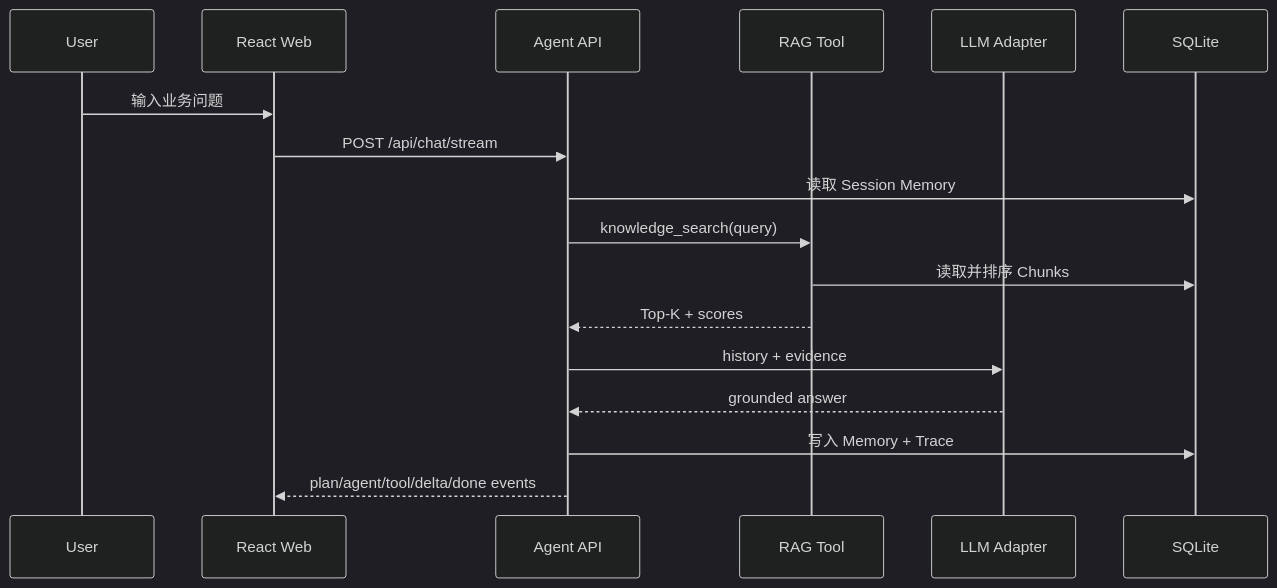
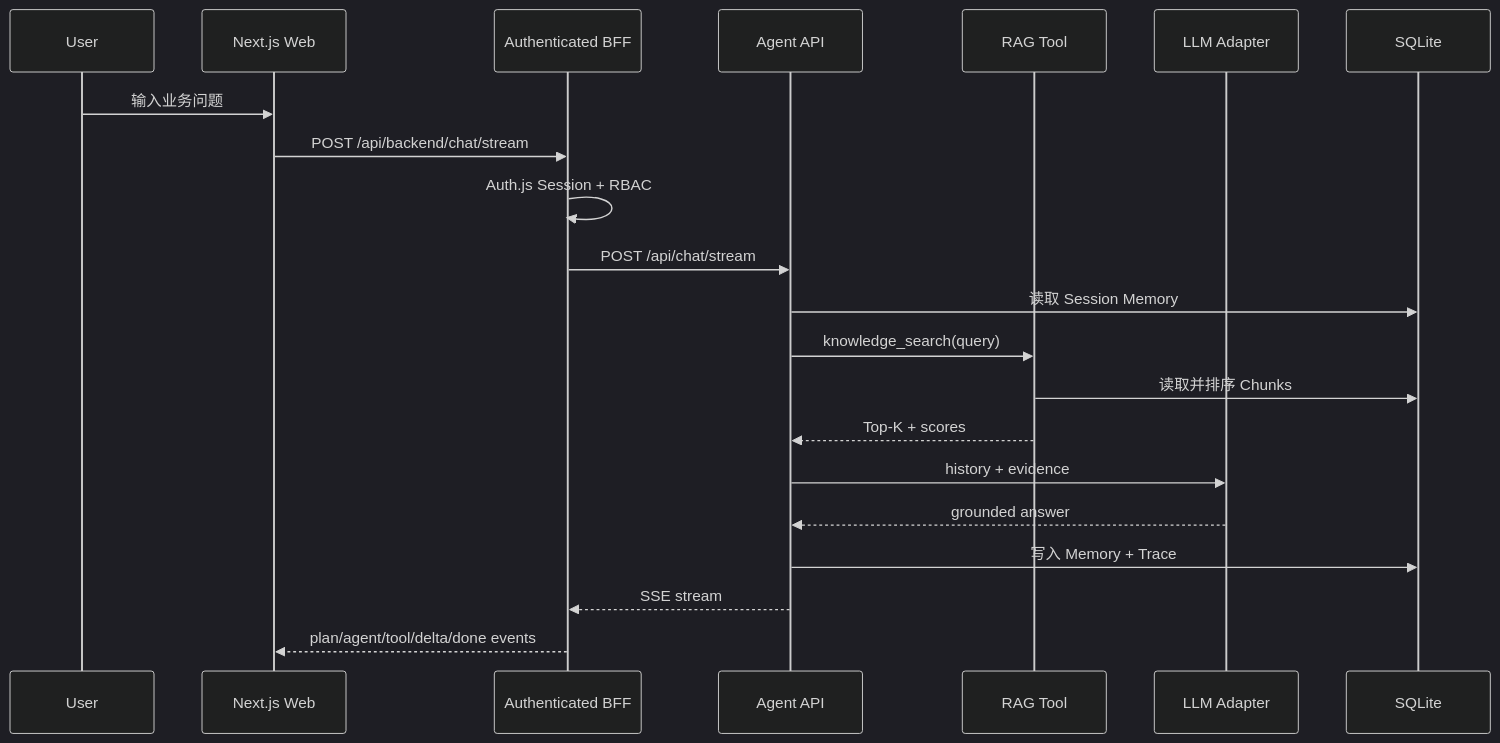
Before and after one commit to Bewell-bit/ai-knowledge-copilot: the first of 2 diagrams in docs/ARCHITECTURE.md, drawn with Mermaid (dark theme). The commit also changed other lines of this file and 30 other files, not shown here.

Commit message:
feat: migrate web app to Next.js with auth

````diff
--- a/docs/ARCHITECTURE.md
+++ b/docs/ARCHITECTURE.md
@@ -14,19 +14,23 @@
 ```mermaid
 sequenceDiagram
   participant U as User
-  participant W as React Web
+  participant W as Next.js Web
+  participant B as Authenticated BFF
   participant A as Agent API
   participant R as RAG Tool
   participant M as LLM Adapter
   participant D as SQLite
   U->>W: 输入业务问题
-  W->>A: POST /api/chat/stream
+  W->>B: POST /api/backend/chat/stream
+  B->>B: Auth.js Session + RBAC
+  B->>A: POST /api/chat/stream
   A->>D: 读取 Session Memory
   A->>R: knowledge_search(query)
   R->>D: 读取并排序 Chunks
   R-->>A: Top-K + scores
   A->>M: history + evidence
   M-->>A: grounded answer
   A->>D: 写入 Memory + Trace
-  A-->>W: plan/agent/tool/delta/done events
+  A-->>B: SSE stream
+  B-->>W: plan/agent/tool/delta/done events
 ```
````
